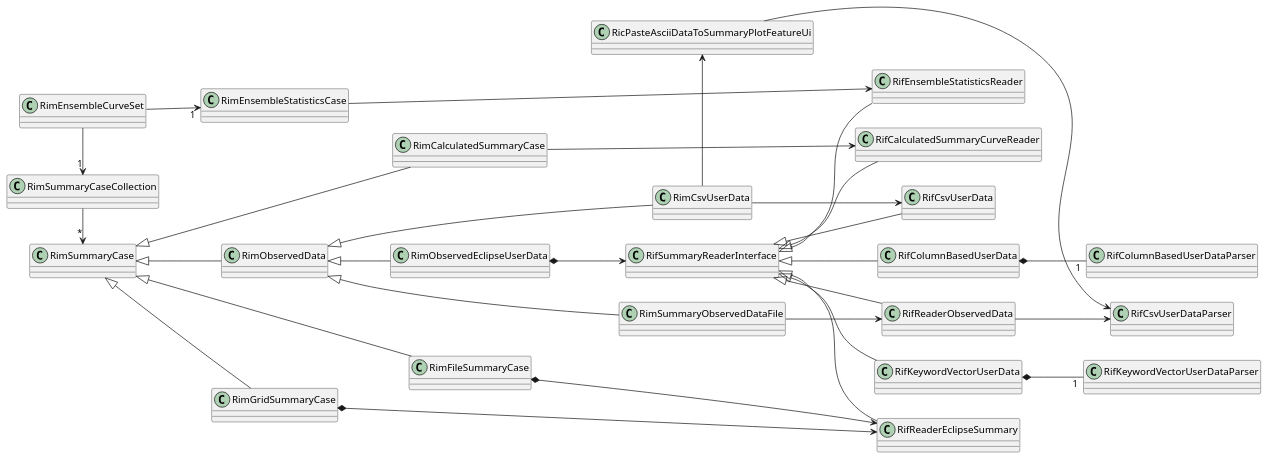
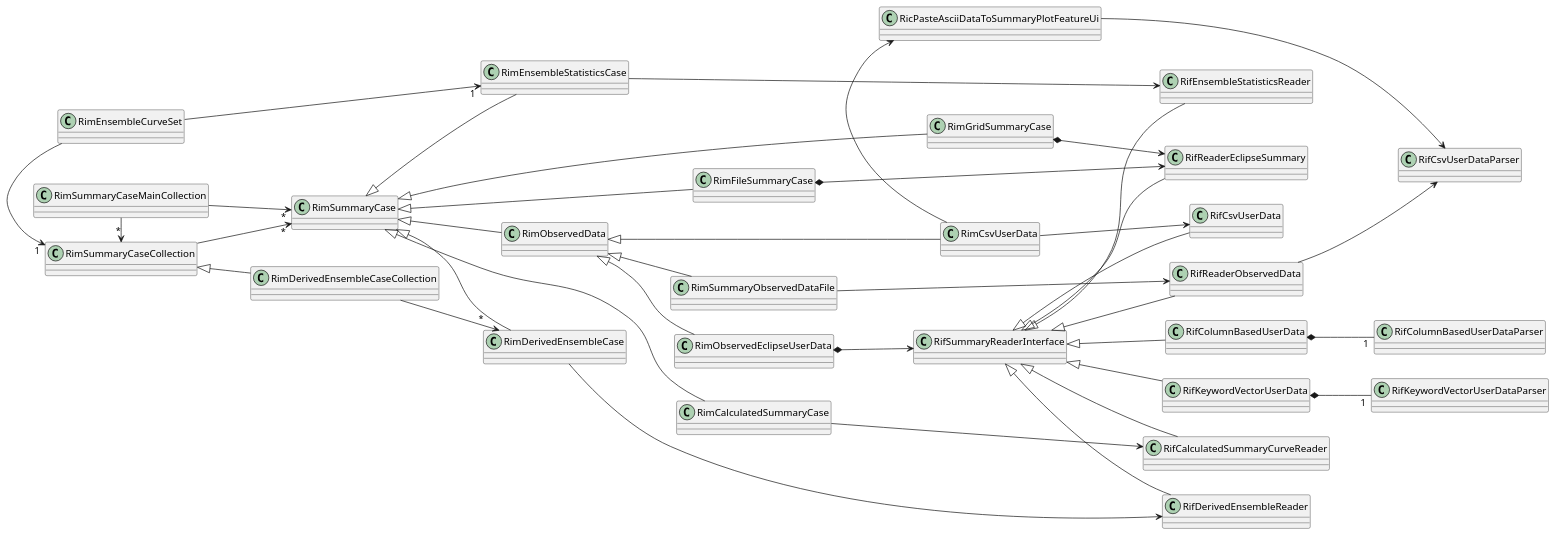
Before and after one commit to OPM/ResInsight: the diagram in doc/summary_cases_and_readers.plantuml, drawn with PlantUML. The commit also changed 41 other files, not shown here.

```diff
--- a/doc/summary_cases_and_readers.plantuml
+++ b/doc/summary_cases_and_readers.plantuml
@@ -1,47 +1,58 @@
 @startuml
 left to right direction
-
 
 RifSummaryReaderInterface <|-- RifCalculatedSummaryCurveReader
 RifSummaryReaderInterface <|-- RifColumnBasedUserData
 RifSummaryReaderInterface <|-- RifCsvUserData
 RifSummaryReaderInterface <|-- RifKeywordVectorUserData
 RifSummaryReaderInterface <|-- RifReaderEclipseSummary
 RifSummaryReaderInterface <|-- RifReaderObservedData
 RifSummaryReaderInterface <|-- RifEnsembleStatisticsReader
+RifSummaryReaderInterface <|-- RifDerivedEnsembleReader
 
 RifColumnBasedUserData *-- "1" RifColumnBasedUserDataParser
 RifKeywordVectorUserData *-- "1" RifKeywordVectorUserDataParser
 RifReaderObservedData --> RifCsvUserDataParser
 
-RimSummaryCaseCollection -> "*" RimSummaryCase
+RimSummaryCaseCollection --> "*" RimSummaryCase
+
+RimSummaryCaseCollection <|-- RimDerivedEnsembleCaseCollection
+
+RimDerivedEnsembleCaseCollection --> "*" RimDerivedEnsembleCase
 
 RimSummaryCase <|-- RimCalculatedSummaryCase
 RimSummaryCase <|-- RimFileSummaryCase
 RimSummaryCase <|-- RimGridSummaryCase
 RimSummaryCase <|-- RimObservedData
+RimSummaryCase <|-- RimEnsembleStatisticsCase
+RimSummaryCase <|-- RimDerivedEnsembleCase
 
 RimObservedData <|-- RimObservedEclipseUserData
 RimObservedData <|-- RimCsvUserData
 RimObservedData <|-- RimSummaryObservedDataFile
 
 RimCalculatedSummaryCase --> RifCalculatedSummaryCurveReader
+
+RimDerivedEnsembleCase --> RifDerivedEnsembleReader
 
 RimSummaryObservedDataFile --> RifReaderObservedData
 
 RimObservedEclipseUserData *--> RifSummaryReaderInterface
 
 RimCsvUserData -> RicPasteAsciiDataToSummaryPlotFeatureUi
 RimCsvUserData --> RifCsvUserData
 
 RimFileSummaryCase *--> RifReaderEclipseSummary
 RimGridSummaryCase *--> RifReaderEclipseSummary
 
 RicPasteAsciiDataToSummaryPlotFeatureUi --> RifCsvUserDataParser
 
 RimEnsembleCurveSet -> "1" RimSummaryCaseCollection
 
 RimEnsembleCurveSet --> "1" RimEnsembleStatisticsCase
 RimEnsembleStatisticsCase --> RifEnsembleStatisticsReader
 
+RimSummaryCaseMainCollection -> "*" RimSummaryCase
+RimSummaryCaseMainCollection -> "*" RimSummaryCaseCollection
+
 @enduml
```
